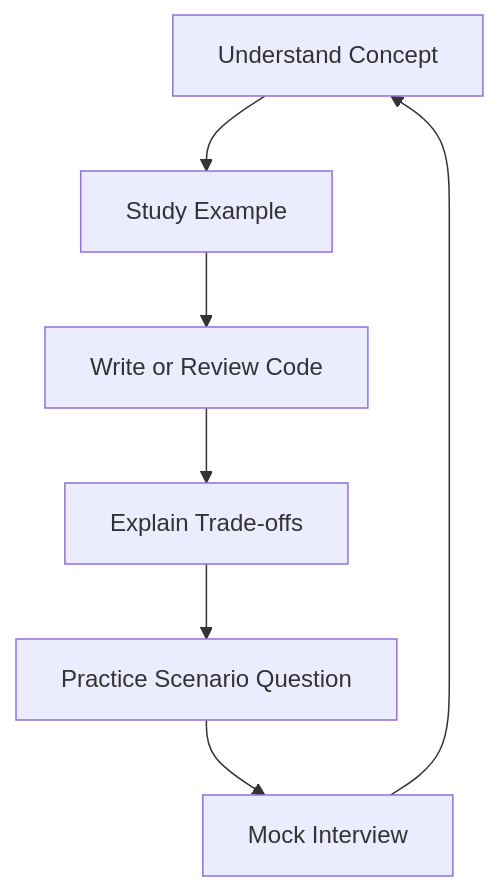
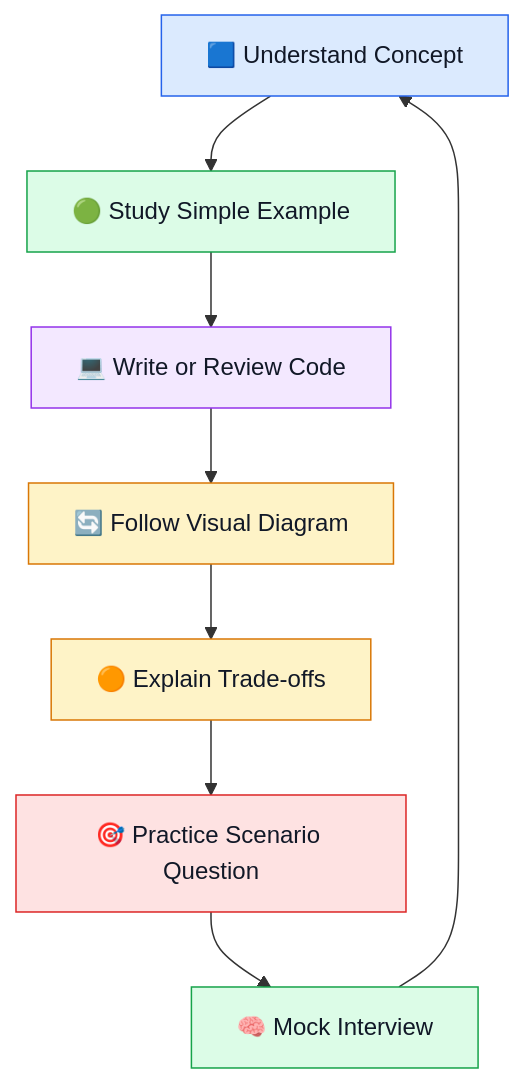
One commit to azam123/Engineering-Interview-Prep changed the diagram in README.md. Above: the diagram before and after it, drawn with Mermaid. The commit also changed other lines of this file, not shown here.

````diff
--- a/README.md
+++ b/README.md
@@ -58,9 +73,17 @@
 ```mermaid
 flowchart TD
-    A[Understand Concept] --> B[Study Example]
-    B --> C[Write or Review Code]
-    C --> D[Explain Trade-offs]
-    D --> E[Practice Scenario Question]
-    E --> F[Mock Interview]
-    F --> A
+    A[🟦 Understand Concept] --> B[🟢 Study Simple Example]
+    B --> C[💻 Write or Review Code]
+    C --> D[🔄 Follow Visual Diagram]
+    D --> E[🟠 Explain Trade-offs]
+    E --> F[🎯 Practice Scenario Question]
+    F --> G[🧠 Mock Interview]
+    G --> A
+    style A fill:#dbeafe,stroke:#2563eb,color:#111827
+    style B fill:#dcfce7,stroke:#16a34a,color:#111827
+    style C fill:#f3e8ff,stroke:#9333ea,color:#111827
+    style D fill:#fef3c7,stroke:#d97706,color:#111827
+    style E fill:#fef3c7,stroke:#d97706,color:#111827
+    style F fill:#fee2e2,stroke:#dc2626,color:#111827
+    style G fill:#dcfce7,stroke:#16a34a,color:#111827
 ```
````
